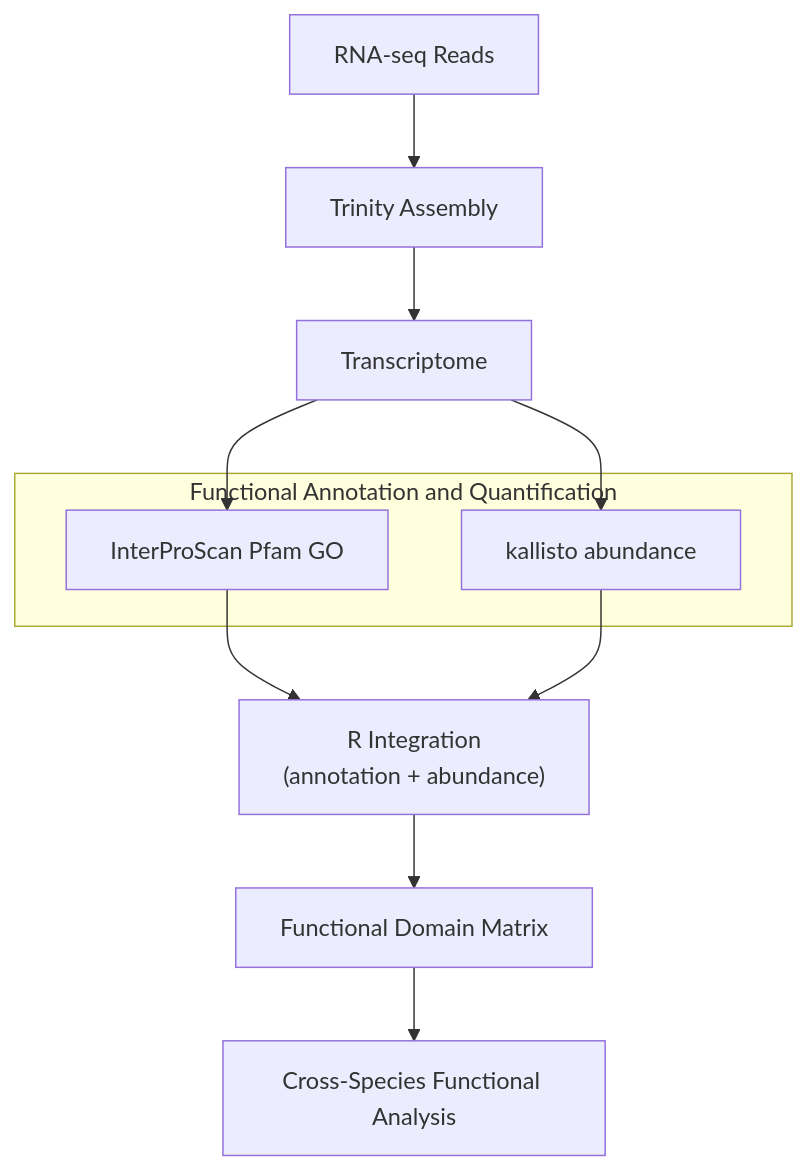
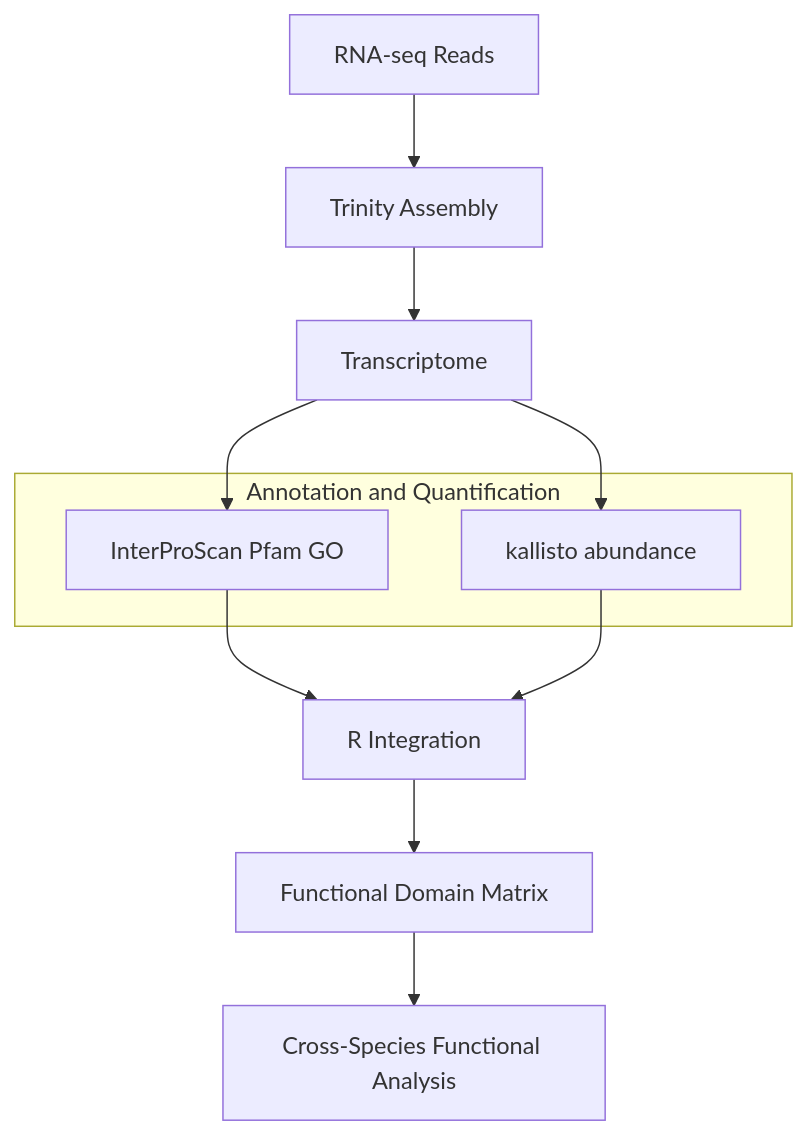
Before and after one commit to asifali-bio/plant: the diagram in README.md, drawn with Mermaid.

Commit message:
Mermaid diagram
Bug fix.

````diff
--- a/README.md
+++ b/README.md
@@ -43,20 +43,20 @@
 ```mermaid
 flowchart TD
 
 A[RNA-seq Reads] --> B[Trinity Assembly]
 B --> C[Transcriptome]
 
-subgraph Functional Annotation and Quantification
+subgraph Annotation and Quantification
 D[InterProScan Pfam GO]
 E[kallisto abundance]
 end
 
 C --> D
 C --> E
 
-D --> F["R Integration\n(annotation + abundance)"]
+D --> F[R Integration]
 E --> F
 
 F --> G[Functional Domain Matrix]
 G --> H[Cross-Species Functional Analysis]
 ```
````
